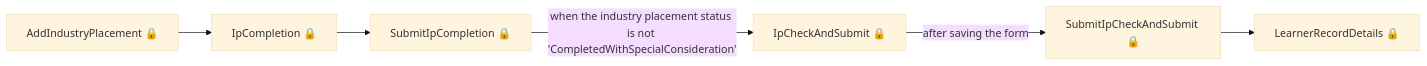
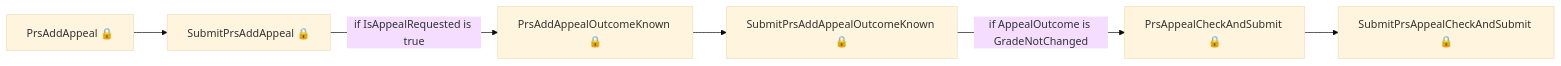
The seventh of 11 diagrams in tl-results-and-certification/user-journeys/user-journeys.md (talentconsulting/atlas-dfe), drawn with Mermaid (base theme) before and after one commit. The commit also changed other lines of this file and 22 other files, not shown here.

````diff
--- a/tl-results-and-certification/user-journeys/user-journeys.md
+++ b/tl-results-and-certification/user-journeys/user-journeys.md
@@ -84,8 +110,8 @@
 ```mermaid
 flowchart LR
-  p0["AddIndustryPlacement 🔒"] --> p1["IpCompletion 🔒"]
-  p1["IpCompletion 🔒"] --> p2["SubmitIpCompletion 🔒"]
-  p2["SubmitIpCompletion 🔒"] -->|"when the industry placement status is not 'CompletedWithSpecialConsideration'"| p3["IpCheckAndSubmit 🔒"]
-  p3["IpCheckAndSubmit 🔒"] -->|"after saving the form"| p4["SubmitIpCheckAndSubmit 🔒"]
-  p4["SubmitIpCheckAndSubmit 🔒"] --> p5["LearnerRecordDetails 🔒"]
+  p0["PrsAddAppeal 🔒"] --> p1["SubmitPrsAddAppeal 🔒"]
+  p1["SubmitPrsAddAppeal 🔒"] -->|"if IsAppealRequested is true"| p2["PrsAddAppealOutcomeKnown 🔒"]
+  p2["PrsAddAppealOutcomeKnown 🔒"] --> p3["SubmitPrsAddAppealOutcomeKnown 🔒"]
+  p3["SubmitPrsAddAppealOutcomeKnown 🔒"] -->|"if AppealOutcome is GradeNotChanged"| p4["PrsAppealCheckAndSubmit 🔒"]
+  p4["PrsAppealCheckAndSubmit 🔒"] --> p5["SubmitPrsAppealCheckAndSubmit 🔒"]
 ```
````
